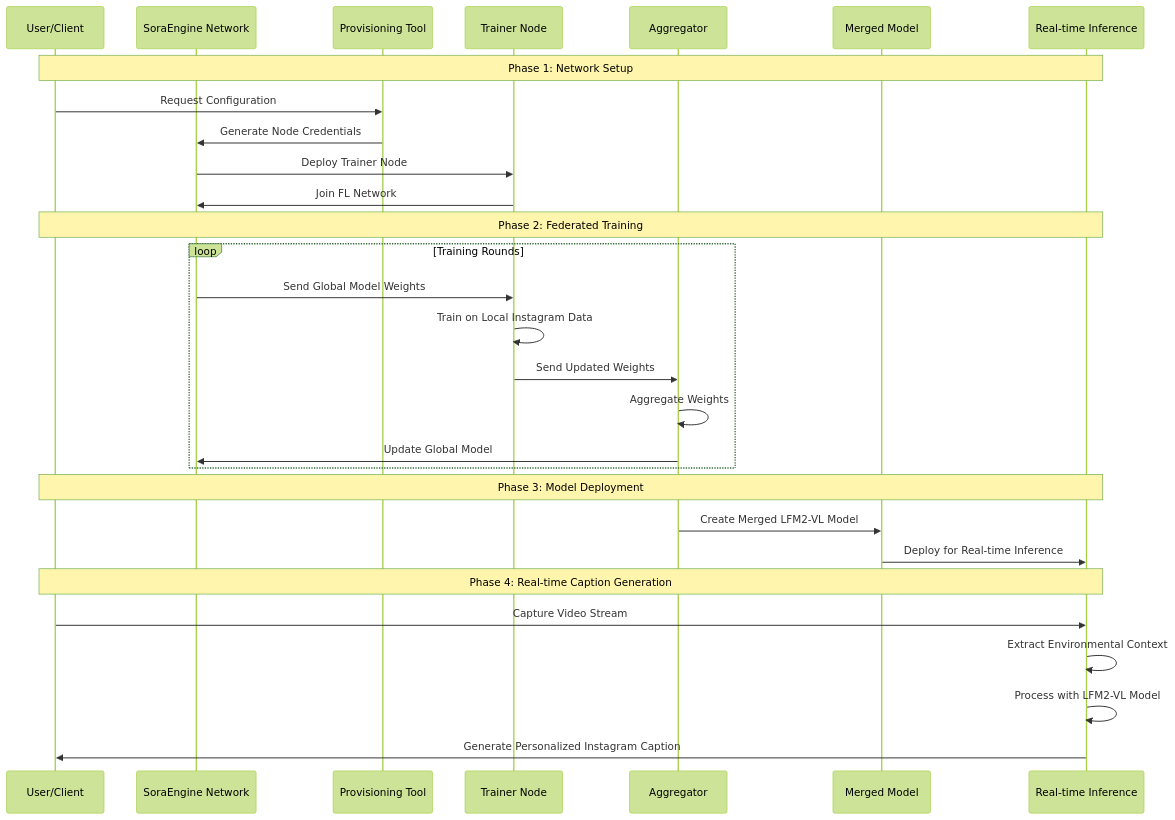
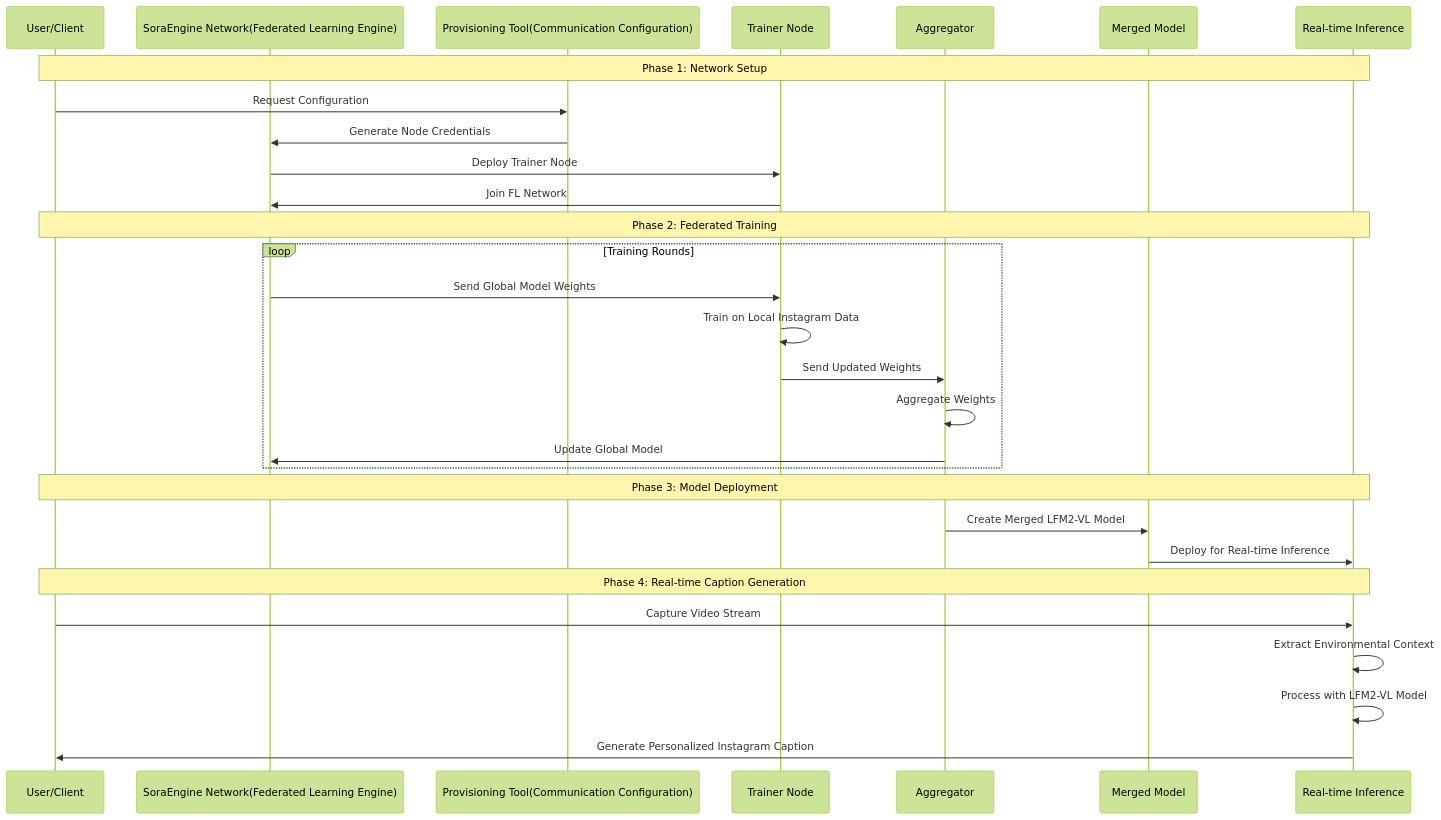
The first of 3 diagrams in README.md (frank4591/StreamingInstaCaptioner), drawn with Mermaid (forest theme) before and after one commit. The commit also changed other lines of this file, not shown here.

````diff
--- a/README.md
+++ b/README.md
@@ -30,35 +30,35 @@
 ```mermaid
 sequenceDiagram
     participant U as User/Client
-    participant S as SoraEngine Network
-    participant P as Provisioning Tool
+    participant S as SoraEngine Network(Federated Learning Engine)
+    participant P as Provisioning Tool(Communication Configuration)
     participant T as Trainer Node
     participant A as Aggregator
     participant M as Merged Model
     participant R as Real-time Inference
     
     Note over U,R: Phase 1: Network Setup
     U->>P: Request Configuration
     P->>S: Generate Node Credentials
     S->>T: Deploy Trainer Node
     T->>S: Join FL Network
     
     Note over U,R: Phase 2: Federated Training
     loop Training Rounds
         S->>T: Send Global Model Weights
         T->>T: Train on Local Instagram Data
         T->>A: Send Updated Weights
         A->>A: Aggregate Weights
         A->>S: Update Global Model
     end
     
     Note over U,R: Phase 3: Model Deployment
     A->>M: Create Merged LFM2-VL Model
     M->>R: Deploy for Real-time Inference
     
     Note over U,R: Phase 4: Real-time Caption Generation
     U->>R: Capture Video Stream
     R->>R: Extract Environmental Context
     R->>R: Process with LFM2-VL Model
     R->>U: Generate Personalized Instagram Caption
 ```
````
